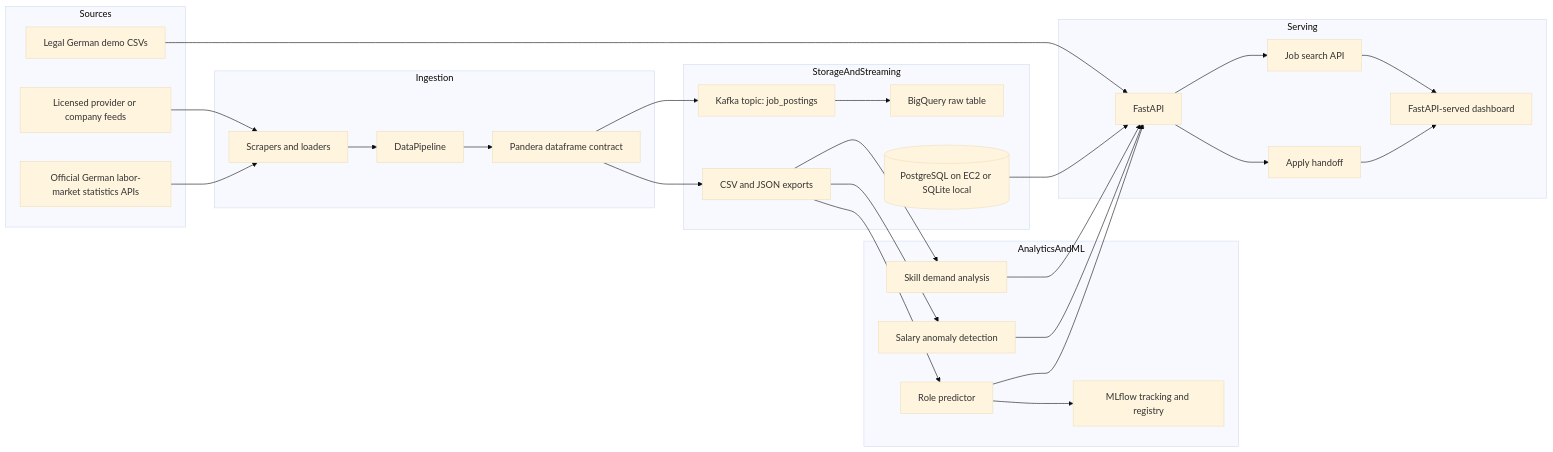
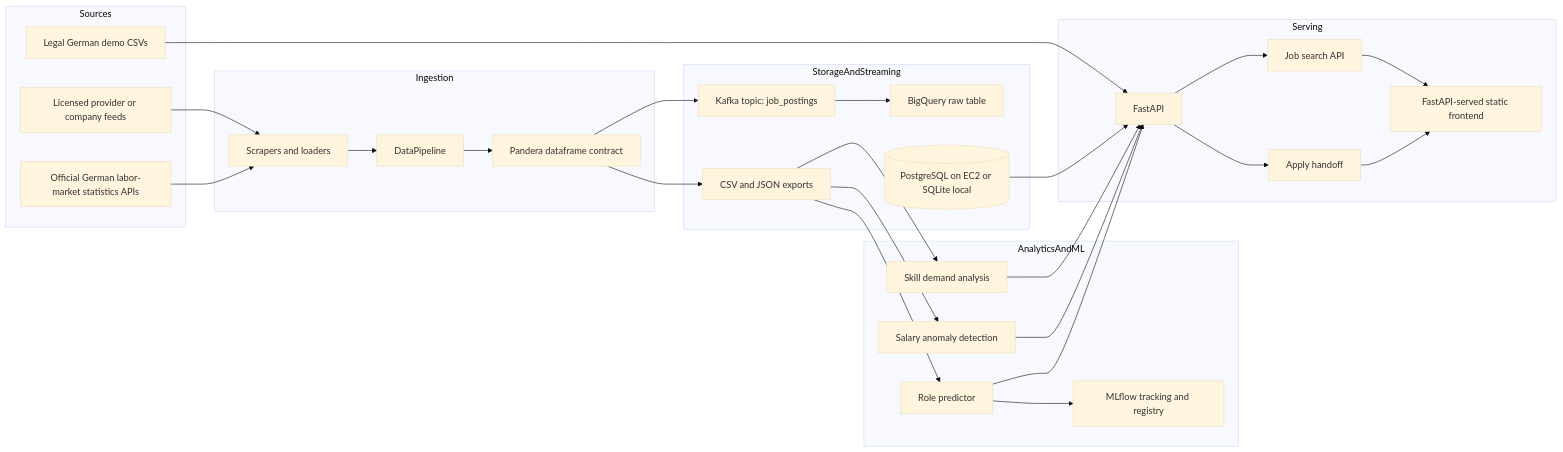
One commit to ismail7CAa/job-market-intellegence-platform changed the diagram in README.md. Above: the diagram before and after it, drawn with Mermaid (base theme). The commit also changed other lines of this file and 12 other files, not shown here.

````diff
--- a/README.md
+++ b/README.md
@@ -17,51 +17,51 @@
 ```mermaid
 flowchart LR
     subgraph Sources
         CSV[Legal German demo CSVs]
         LP[Licensed provider or company feeds]
         BA[Official German labor-market statistics APIs]
     end
 
     subgraph Ingestion
         SCR[Scrapers and loaders]
         PIPE[DataPipeline]
         SCHEMA[Pandera dataframe contract]
     end
 
     subgraph StorageAndStreaming
         FILES[CSV and JSON exports]
         KAFKA[Kafka topic: job_postings]
         BQ[BigQuery raw table]
         DB[(PostgreSQL on EC2 or SQLite local)]
     end
 
     subgraph AnalyticsAndML
         SKILL[Skill demand analysis]
         SALARY[Salary anomaly detection]
         ROLE[Role predictor]
         MLFLOW[MLflow tracking and registry]
     end
 
     subgraph Serving
         API[FastAPI]
-        WEB[FastAPI-served dashboard]
+        WEB[FastAPI-served static frontend]
         SEARCH[Job search API]
         APPLY[Apply handoff]
     end
 
     LP --> SCR
     BA --> SCR
     CSV --> API
     SCR --> PIPE --> SCHEMA
     SCHEMA --> FILES
     SCHEMA --> KAFKA --> BQ
     DB --> API
     FILES --> SKILL
     FILES --> SALARY
     FILES --> ROLE --> MLFLOW
     SKILL --> API
     SALARY --> API
     ROLE --> API
     API --> SEARCH --> WEB
     API --> APPLY --> WEB
 ```
````
